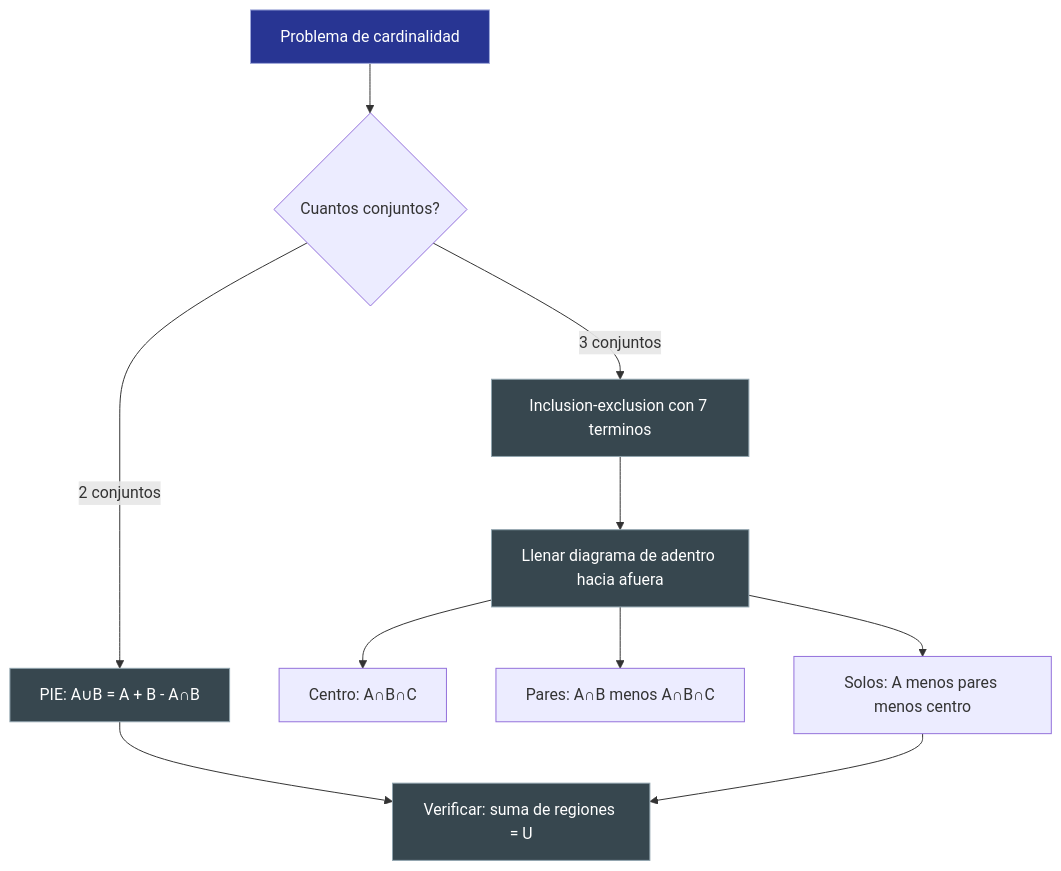
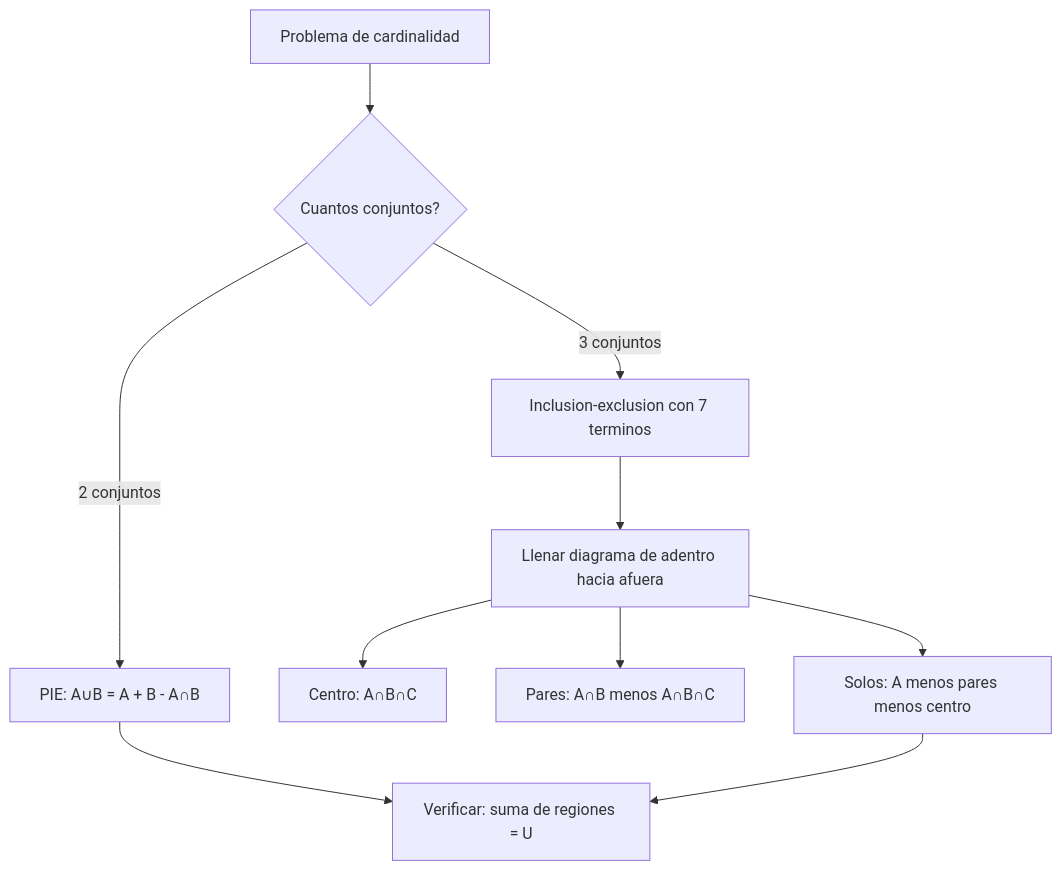
One commit to Fsteven22/Notas-ESPOL changed the diagram in src/site/notes/Universidad/3er Semestre/Matemáticas Discretas/Unidad 1 - Logica y Conjuntos/IV - Teoría de Conjuntos/04 - Cardinalidad y Leyes de Cardinalidad.md. Above: the diagram before and after it, drawn with Mermaid. The commit also changed other lines of this file and 179 other files, not shown here.

````diff
--- a/src/site/notes/Universidad/3er Semestre/Matemáticas Discretas/Unidad 1 - Logica y Conjuntos/IV - Teoría de Conjuntos/04 - Cardinalidad y Leyes de Cardinalidad.md
+++ b/src/site/notes/Universidad/3er Semestre/Matemáticas Discretas/Unidad 1 - Logica y Conjuntos/IV - Teoría de Conjuntos/04 - Cardinalidad y Leyes de Cardinalidad.md
@@ -404,18 +442,13 @@
 ```mermaid
 graph TD
     A[Problema de cardinalidad] --> B{Cuantos conjuntos?}
     B -- 2 conjuntos --> C["PIE: A∪B = A + B - A∩B"]
     B -- 3 conjuntos --> D[Inclusion-exclusion con 7 terminos]
     D --> E[Llenar diagrama de adentro hacia afuera]
     E --> F["Centro: A∩B∩C"]
     E --> G["Pares: A∩B menos A∩B∩C"]
     E --> H["Solos: A menos pares menos centro"]
     C --> I["Verificar: suma de regiones = U"]
     H --> I
 
-    style A fill:#283593,color:#FFFFFF,stroke:#9FA8DA,stroke-width:1px
-    style C fill:#37474F,color:#FFFFFF,stroke:#90A4AE,stroke-width:1px
-    style D fill:#37474F,color:#FFFFFF,stroke:#90A4AE,stroke-width:1px
-    style E fill:#37474F,color:#FFFFFF,stroke:#90A4AE,stroke-width:1px
-    style I fill:#37474F,color:#FFFFFF,stroke:#90A4AE,stroke-width:1px
 ```
````
